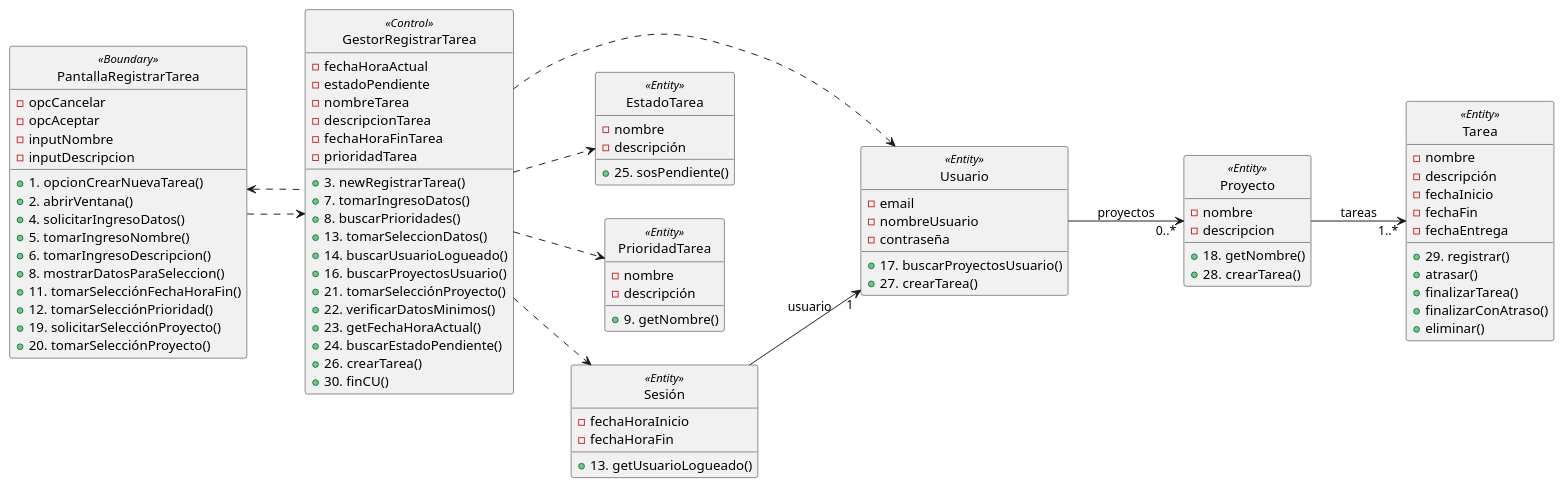
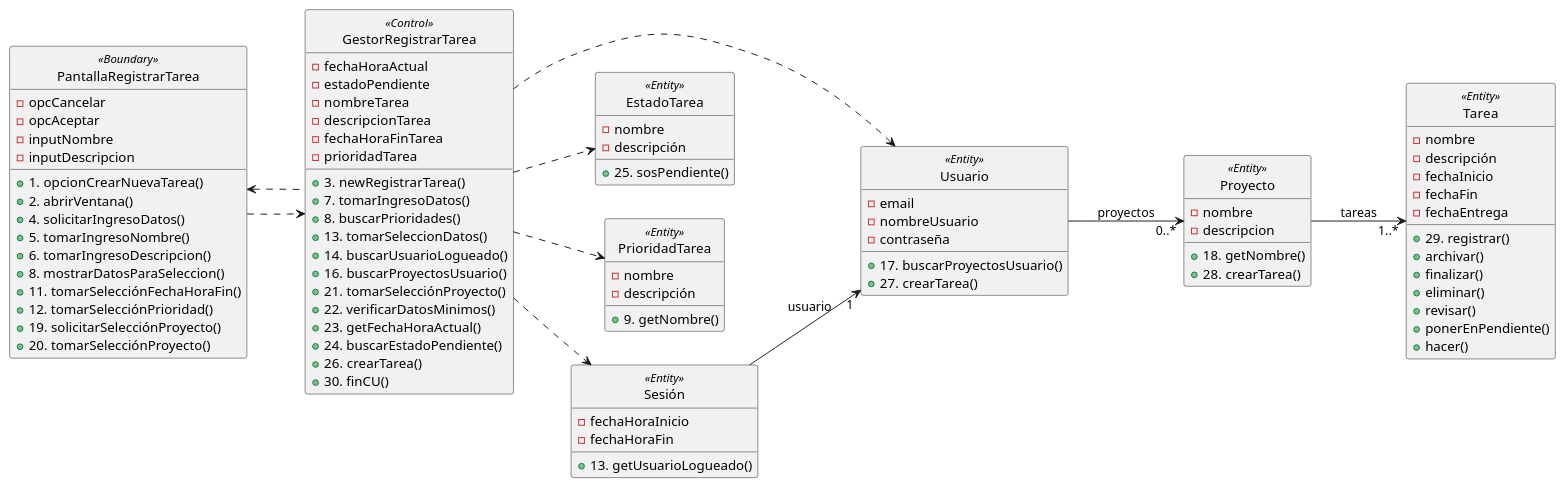
One commit to ciggyx/Task_Flow changed the second of 2 diagrams in Modelado/DiagramasCU01.plantuml. Above: the diagram before and after it, drawn with PlantUML. The commit also changed other lines of this file and 6 other files, not shown here.

Commit message:
refactor: actualización de diagramas que utilizamos

```diff
--- a/Modelado/DiagramasCU01.plantuml
+++ b/Modelado/DiagramasCU01.plantuml
@@ -59,101 +62,102 @@
 @startuml RealizaciónCu1VistaEstática
 left to right direction
 hide <<Entity>> circle
 hide <<Control>> circle
 hide <<Boundary>> circle
 class Usuario<<Entity>>{
     - email
     - nombreUsuario
     - contraseña
     + 17. buscarProyectosUsuario()
     + 27. crearTarea()
 }
 
 class Proyecto<<Entity>>{
     - nombre
     - descripcion
     + 18. getNombre()
     + 28. crearTarea()
 }
 
 class Tarea<<Entity>>{
     - nombre
     - descripción
     - fechaInicio
     - fechaFin
     - fechaEntrega
     + 29. registrar()
-    + atrasar()
-    + finalizarTarea()
-    + finalizarConAtraso()
+    + archivar()
+    + finalizar()
     + eliminar()
+    + revisar()
+    + ponerEnPendiente()
+    + hacer()
 }
 
 class EstadoTarea<<Entity>>{
     - nombre
     - descripción
     + 25. sosPendiente()
 }
 
 class PrioridadTarea<<Entity>>{
     - nombre
     - descripción
     + 9. getNombre()
 }
 
 class GestorRegistrarTarea <<Control>> {
     - fechaHoraActual
     - estadoPendiente
     - nombreTarea
     - descripcionTarea
     - fechaHoraFinTarea
     - prioridadTarea
     + 3. newRegistrarTarea()
     + 7. tomarIngresoDatos()
     + 8. buscarPrioridades()
     + 13. tomarSeleccionDatos()
     + 14. buscarUsuarioLogueado()
     + 16. buscarProyectosUsuario()
     + 21. tomarSelecciónProyecto()
     + 22. verificarDatosMinimos()
     + 23. getFechaHoraActual()
     + 24. buscarEstadoPendiente()
     + 26. crearTarea()
     + 30. finCU()
 }
 
 class PantallaRegistrarTarea <<Boundary>> {
     - opcCancelar
     - opcAceptar
     - inputNombre
     - inputDescripcion
-    'No se qué tipo va en prioridad y en fechaHoraFin
     + 1. opcionCrearNuevaTarea()
     + 2. abrirVentana()
     + 4. solicitarIngresoDatos()
     + 5. tomarIngresoNombre()
     + 6. tomarIngresoDescripcion()
     + 8. mostrarDatosParaSeleccion()
     + 11. tomarSelecciónFechaHoraFin()
     + 12. tomarSelecciónPrioridad()
     + 19. solicitarSelecciónProyecto()
     + 20. tomarSelecciónProyecto()
 }
 
 class Sesión<<Entity>>{
     - fechaHoraInicio
     - fechaHoraFin
     + 13. getUsuarioLogueado()
 }
 
 PantallaRegistrarTarea ..> GestorRegistrarTarea
 PantallaRegistrarTarea <.. GestorRegistrarTarea
 GestorRegistrarTarea ..> PrioridadTarea
 GestorRegistrarTarea ..> Sesión
 GestorRegistrarTarea ..> Usuario
 GestorRegistrarTarea ..> EstadoTarea
 Sesión --> "1" Usuario : usuario
 Usuario --> "0..*" Proyecto : proyectos
 Proyecto --> "1..*" Tarea : tareas
 
 @enduml
```
